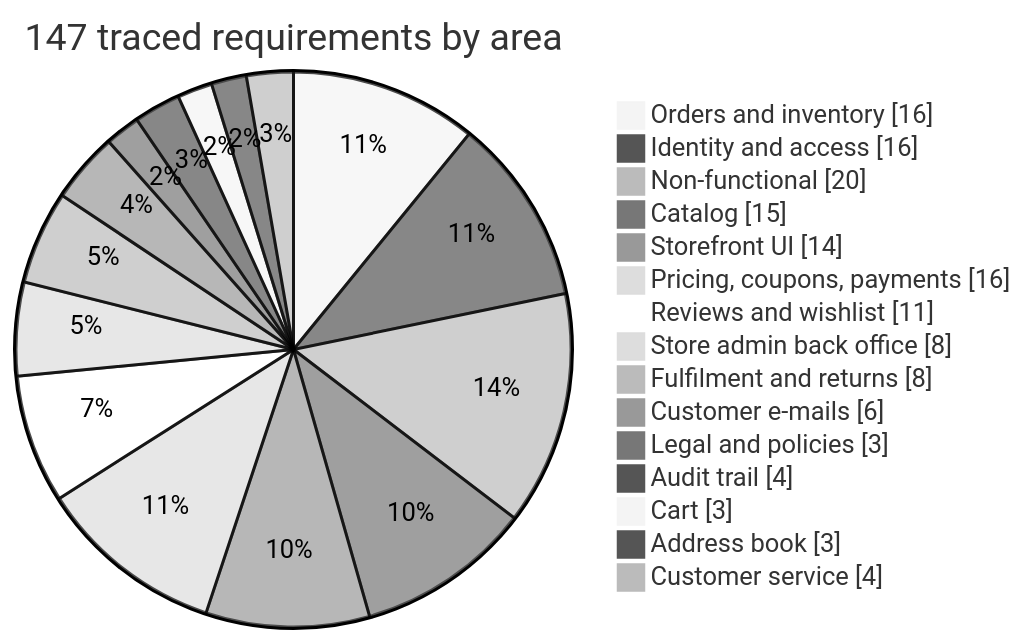
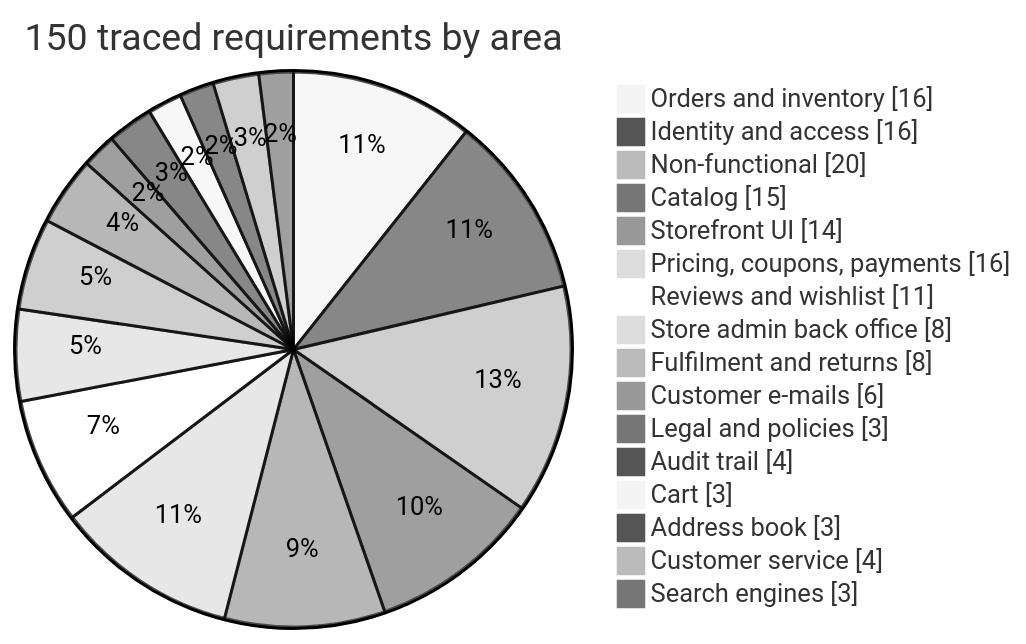
Before and after one commit to rbchy/RbcTcsWorld: the second of 2 diagrams in README.md, drawn with Mermaid (neutral theme). The commit also changed other lines of this file and 23 other files, not shown here.

````diff
--- a/README.md
+++ b/README.md
@@ -53,19 +53,20 @@
 ```mermaid
 pie showData
-    title 147 traced requirements by area
+    title 150 traced requirements by area
     "Orders and inventory" : 16
     "Identity and access" : 16
     "Non-functional" : 20
     "Catalog" : 15
     "Storefront UI" : 14
     "Pricing, coupons, payments" : 16
     "Reviews and wishlist" : 11
     "Store admin back office" : 8
     "Fulfilment and returns" : 8
     "Customer e-mails" : 6
     "Legal and policies" : 3
     "Audit trail" : 4
     "Cart" : 3
     "Address book" : 3
     "Customer service" : 4
+    "Search engines" : 3
 ```
````
